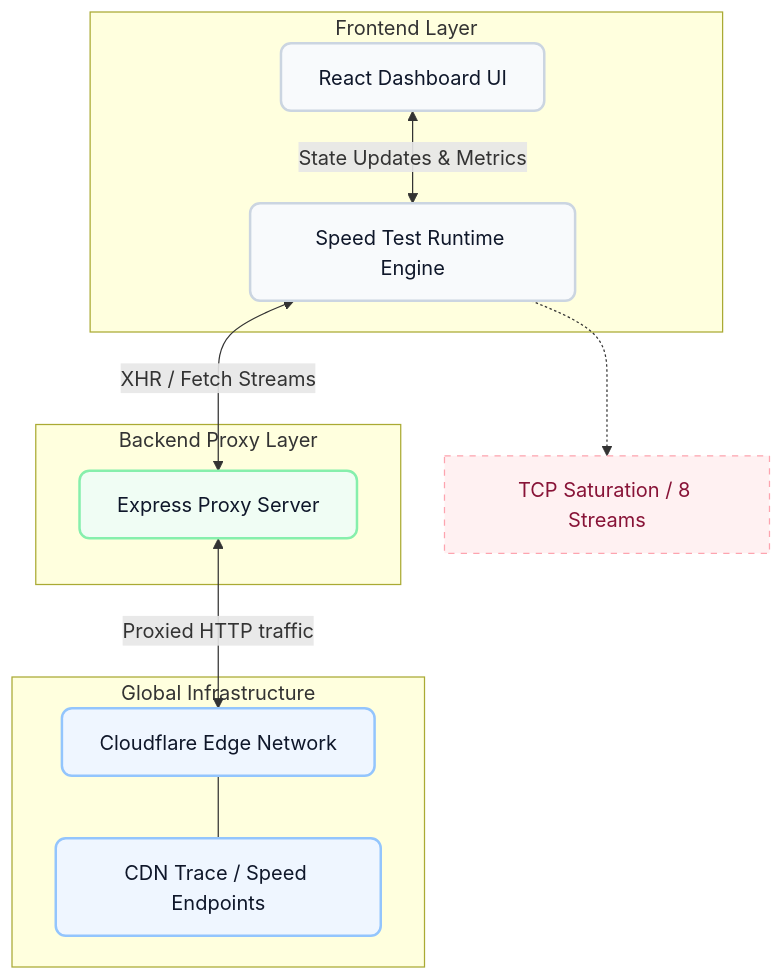
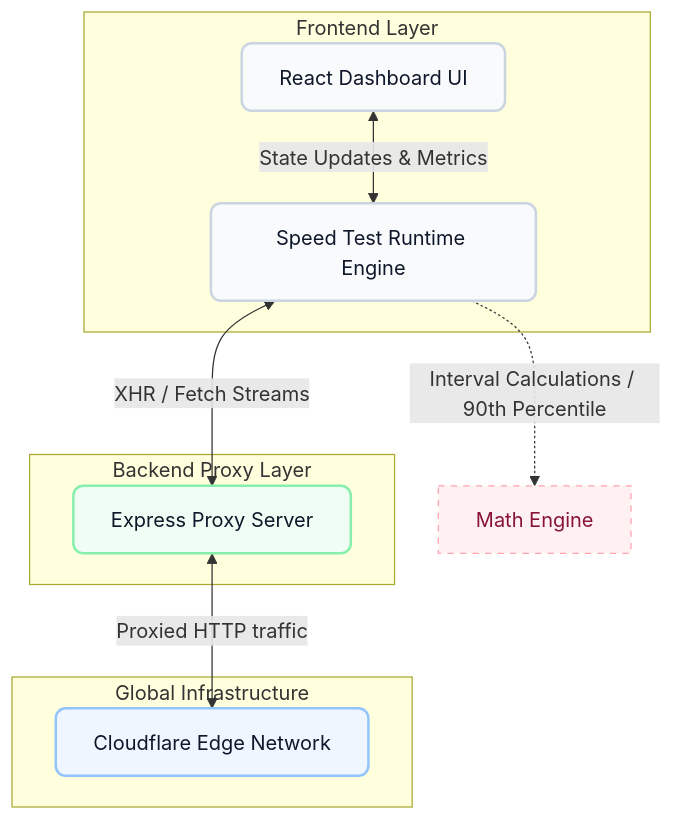
Before and after one commit to Mahesh-Kiran/PureNet: the diagram in internet-speed-test/README.md, drawn with Mermaid. The commit also changed other lines of this file, not shown here.

````diff
--- a/internet-speed-test/README.md
+++ b/internet-speed-test/README.md
@@ -11,32 +94,25 @@
 ```mermaid
 graph TD
-    %% Styling Definitions
     classDef client fill:#f8fafc,stroke:#cbd5e1,stroke-width:2px,color:#0f172a,rx:8px,ry:8px
     classDef express fill:#f0fdf4,stroke:#86efac,stroke-width:2px,color:#0f172a,rx:8px,ry:8px
     classDef edge fill:#eff6ff,stroke:#93c5fd,stroke-width:2px,color:#0f172a,rx:8px,ry:8px
     classDef metric fill:#fff1f2,stroke:#fda4af,stroke-width:1px,color:#881337,stroke-dasharray: 5 5
 
     subgraph "Frontend Layer"
         UI[React Dashboard UI]:::client
         Engine[Speed Test Runtime Engine]:::client
         UI <-->|State Updates & Metrics| Engine
     end
 
     subgraph "Backend Proxy Layer"
         Proxy[Express Proxy Server]:::express
     end
 
     subgraph "Global Infrastructure"
         CF[Cloudflare Edge Network]:::edge
-        CDN[CDN Trace / Speed Endpoints]:::edge
-        CF --- CDN
     end
 
-    %% Flow connections
     Engine <-->|XHR / Fetch Streams| Proxy
     Proxy <-->|Proxied HTTP traffic| CF
-
-    %% Notes
-    note1[TCP Saturation / 8 Streams]:::metric
-    Engine -.-> note1
+    Engine -.->|Interval Calculations / 90th Percentile| note1[Math Engine]:::metric
 ```
````
